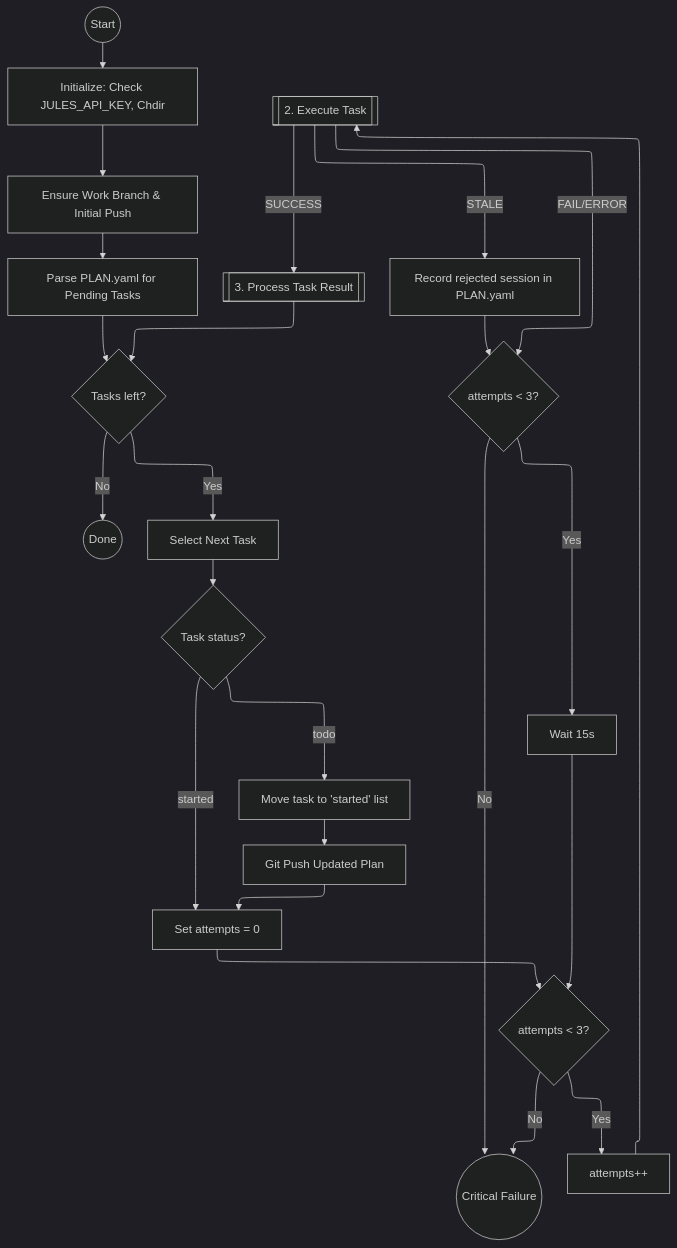
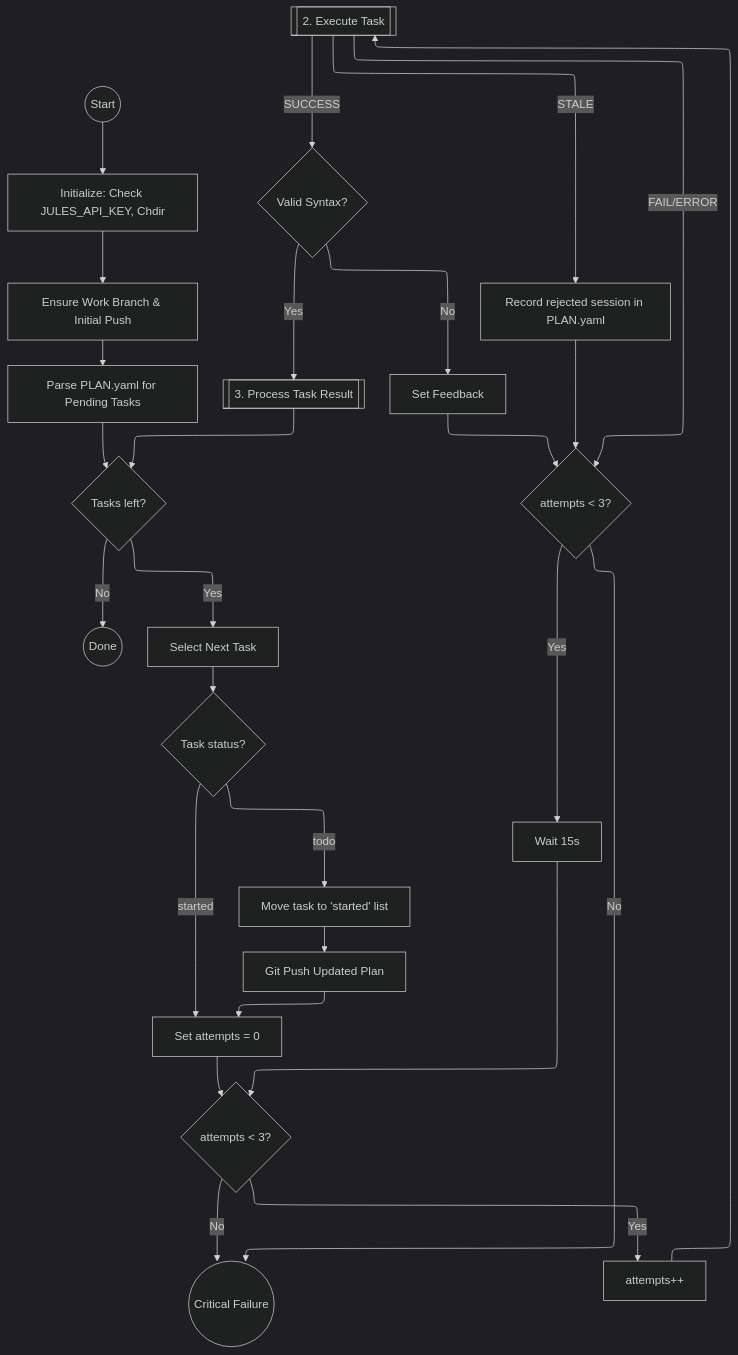
One commit to JonathanHarford/verne_durand changed the first of 3 diagrams in README.md. Above: the diagram before and after it, drawn with Mermaid (dark theme). The commit also changed 1 other file, not shown here.

Commit message:
Enforce strict syntax check for Jules status output
Modified verne_durand.py to enforce strict checking of the [STATUS] block in Jules' PR descriptions. If the block is missing, the task result is rejected (even if merged) and Jules is prompted to retry with specific feedback to provide the status.

Updated README.md flow diagram to reflect this new syntax check loop.

````diff
--- a/README.md
+++ b/README.md
@@ -50,41 +50,45 @@
 ```mermaid
 ---
 config:
   layout: elk
 ---
 flowchart TD
     Start((Start)) --> Init[Initialize: Check JULES_API_KEY, Chdir]
     Init --> Ensure[Ensure Work Branch & Initial Push]
     Ensure --> ParsePlan[Parse PLAN.yaml for Pending Tasks]
     ParsePlan --> HasTasks{Tasks left?}
 
     HasTasks -- No --> Done((Done))
 
     HasTasks -- Yes --> GetNextTask[Select Next Task]
     GetNextTask --> CheckStatus{Task status?}
 
     CheckStatus -- todo --> MoveToStarted[Move task to 'started' list]
     MoveToStarted --> PushPlan[Git Push Updated Plan]
     PushPlan --> InitRetry
 
     CheckStatus -- started --> InitRetry[Set attempts = 0]
     InitRetry --> RetryLoop{attempts < 3?}
 
     RetryLoop -- No --> CritFail((Critical Failure))
 
     RetryLoop -->|Yes| IncAttempts[attempts++]
 
     IncAttempts --> Execution[[2. Execute Task]]
 
-    Execution -->|SUCCESS| ResultProcessing[[3. Process Task Result]]
+    Execution -->|SUCCESS| CheckSyntax{Valid Syntax?}
+    CheckSyntax -- Yes --> ResultProcessing[[3. Process Task Result]]
     ResultProcessing --> HasTasks
+
+    CheckSyntax -- No --> SetFeedback[Set Feedback]
+    SetFeedback --> CheckRetry
 
     Execution -- FAIL/ERROR --> CheckRetry{attempts < 3?}
     Execution -- STALE --> RecordReject[Record rejected session in PLAN.yaml]
     RecordReject --> CheckRetry
 
     CheckRetry -->|Yes| RetryWait[Wait 15s]
     RetryWait --> RetryLoop
 
     CheckRetry -- No --> CritFail
 ```
````
